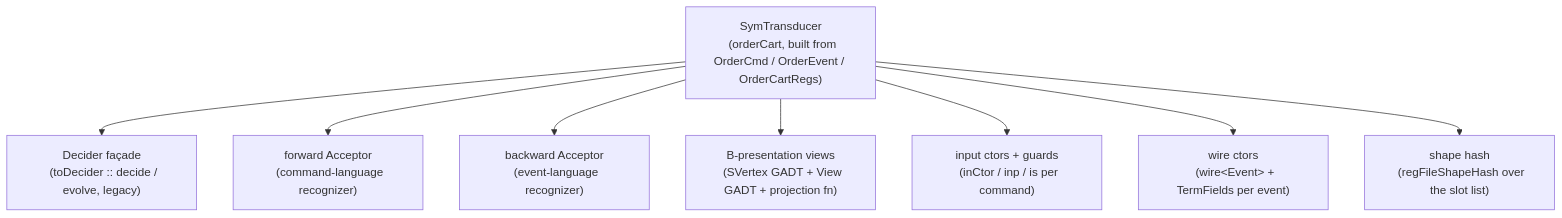
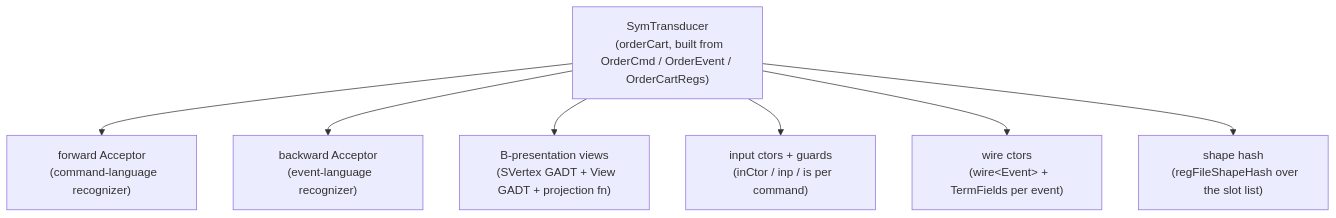
Before and after one commit to shinzui/keiro-runtime-docs: the diagram in content/docs/keiki/explanation/what-gets-derived.mdx, drawn with Mermaid. The commit also changed other lines of this file and 22 other files, not shown here.

````diff
--- a/content/docs/keiki/explanation/what-gets-derived.mdx
+++ b/content/docs/keiki/explanation/what-gets-derived.mdx
@@ -24,20 +24,18 @@
 ```mermaid
 flowchart TD
   Decl["SymTransducer
   (orderCart, built from OrderCmd / OrderEvent / OrderCartRegs)"]
 
-  Decl --> Dec["Decider façade
-  (toDecider :: decide / evolve, legacy)"]
   Decl --> AccF["forward Acceptor
   (command-language recognizer)"]
   Decl --> AccB["backward Acceptor
   (event-language recognizer)"]
   Decl --> Views["B-presentation views
   (SVertex GADT + View GADT + projection fn)"]
   Decl --> Ctors["input ctors + guards
   (inCtor / inp / is per command)"]
   Decl --> Wires["wire ctors
   (wire&lt;Event&gt; + TermFields per event)"]
   Decl --> Hash["shape hash
   (regFileShapeHash over the slot list)"]
 ```
````
